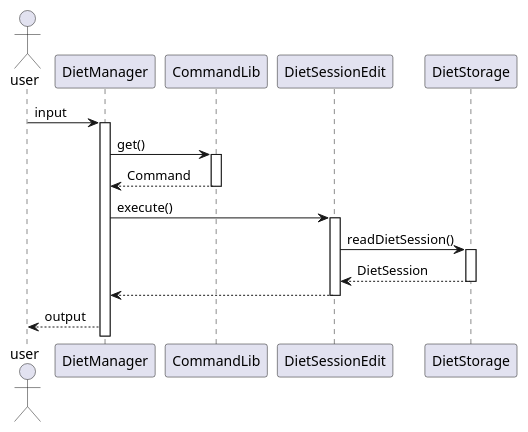
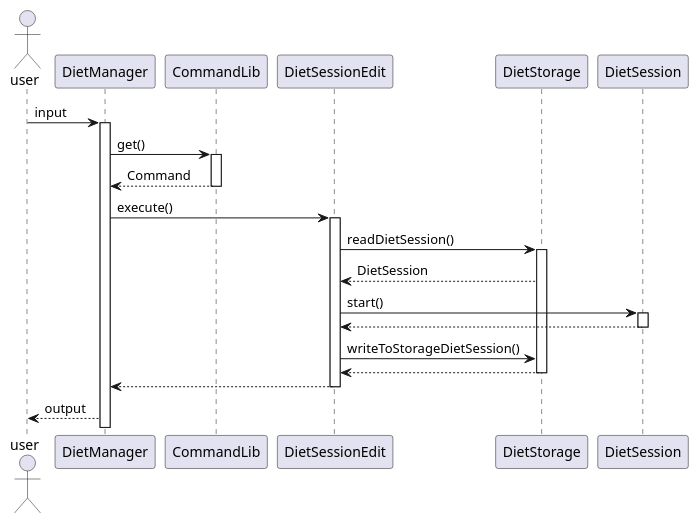
The diagram in docs/pictures/Zeon/DietSessionEdit.puml (zsk612/tp), drawn with PlantUML before and after one commit. The commit also changed 13 other files, not shown here.

Commit message:
update dg, fix create diet session bug

```diff
--- a/docs/pictures/Zeon/DietSessionEdit.puml
+++ b/docs/pictures/Zeon/DietSessionEdit.puml
@@ -1,23 +1,29 @@
 @startuml
 actor user
 user -> DietManager : input
 activate DietManager
 
 DietManager -> CommandLib : get()
 activate CommandLib
 CommandLib --> DietManager : Command
 deactivate CommandLib
 
 DietManager -> DietSessionEdit : execute()
 activate DietSessionEdit
 
 DietSessionEdit -> DietStorage : readDietSession()
 activate DietStorage
 DietStorage --> DietSessionEdit : DietSession
+
+DietSessionEdit -> DietSession : start()
+activate DietSession
+DietSession --> DietSessionEdit
+deactivate DietSession
+DietSessionEdit -> DietStorage : writeToStorageDietSession()
+DietStorage --> DietSessionEdit
 deactivate DietStorage
-
 DietSessionEdit --> DietManager
 deactivate DietSessionEdit
 
 DietManager --> user : output
 @enduml
```
